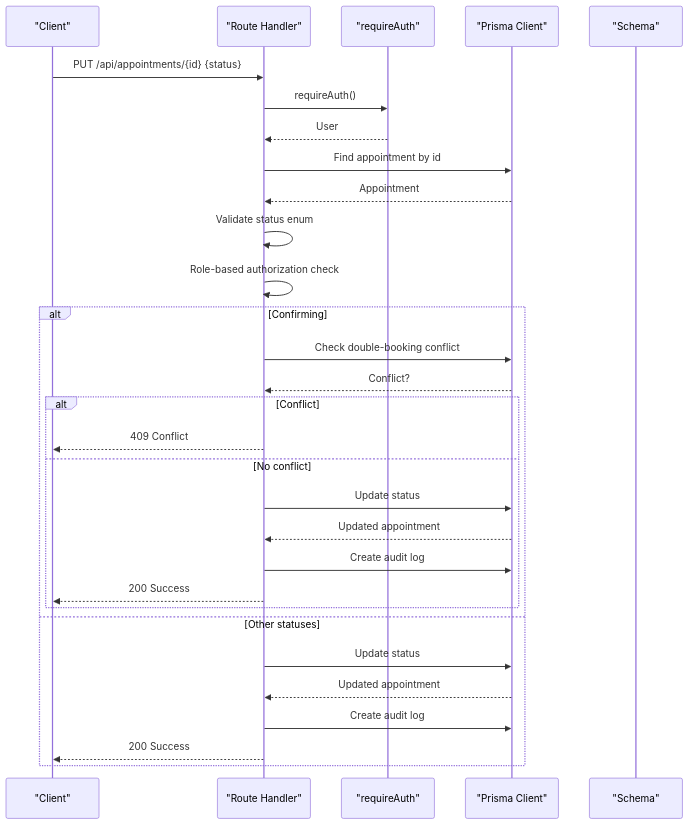
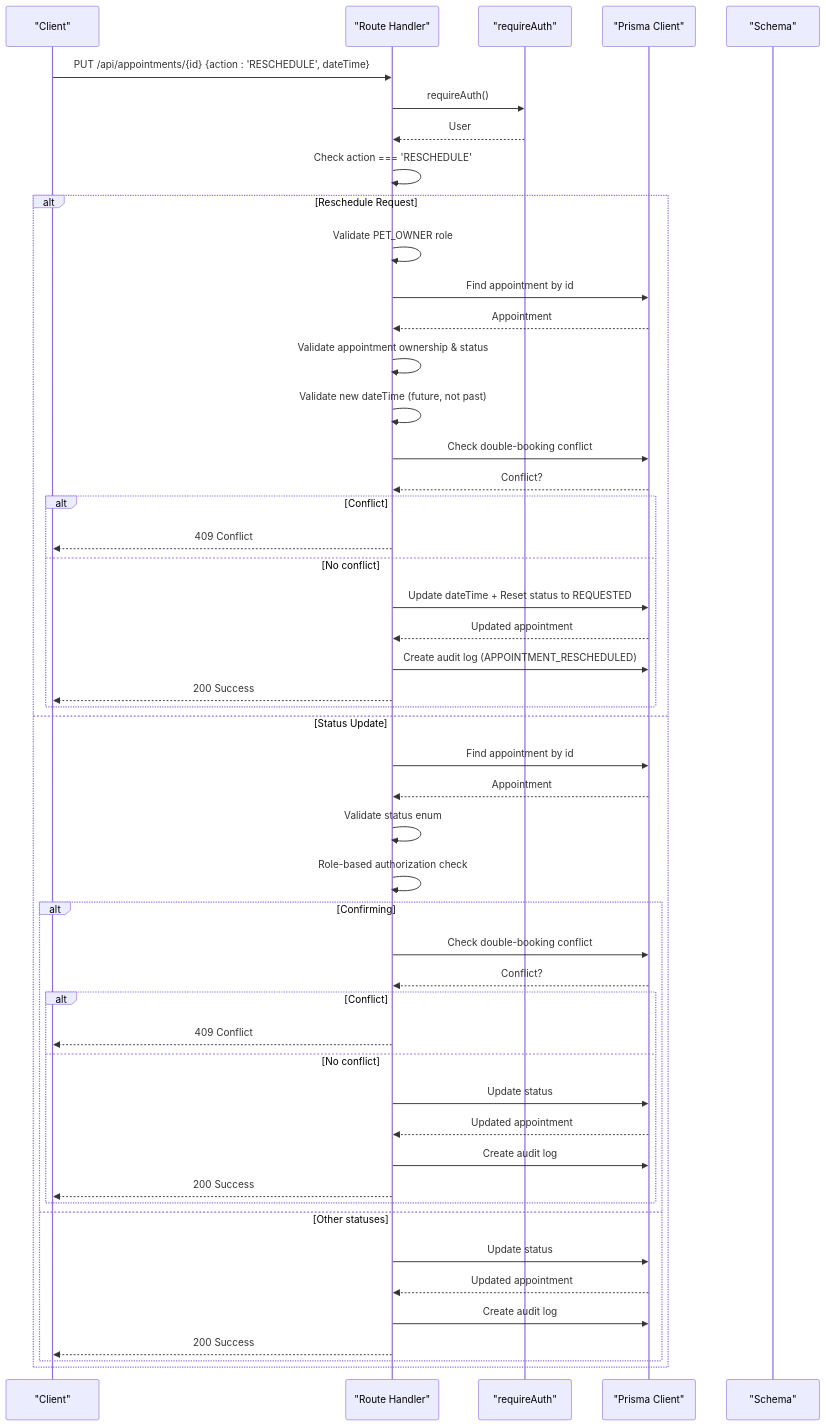
One commit to Javeria-Javaid/ai-powered-pet-healthcare-ecosystem changed the second of 4 diagrams in .qoder/repowiki/en/content/API Reference/Appointment Scheduling API/Appointment Management API.md. Above: the diagram before and after it, drawn with Mermaid. The commit also changed other lines of this file and 38 other files, not shown here.

Commit message:
Update appointment management API and dashboard features

````diff
--- a/.qoder/repowiki/en/content/API Reference/Appointment Scheduling API/Appointment Management API.md
+++ b/.qoder/repowiki/en/content/API Reference/Appointment Scheduling API/Appointment Management API.md
@@ -94,32 +110,51 @@
 ```mermaid
 sequenceDiagram
 participant C as "Client"
 participant R as "Route Handler"
 participant A as "requireAuth"
 participant P as "Prisma Client"
 participant S as "Schema"
-C->>R : PUT /api/appointments/{id} {status}
+C->>R : PUT /api/appointments/{id} {action : 'RESCHEDULE', dateTime}
 R->>A : requireAuth()
 A-->>R : User
+R->>R : Check action === 'RESCHEDULE'
+alt Reschedule Request
+R->>R : Validate PET_OWNER role
+R->>P : Find appointment by id
+P-->>R : Appointment
+R->>R : Validate appointment ownership & status
+R->>R : Validate new dateTime (future, not past)
+R->>P : Check double-booking conflict
+P-->>R : Conflict?
+alt Conflict
+R-->>C : 409 Conflict
+else No conflict
+R->>P : Update dateTime + Reset status to REQUESTED
+P-->>R : Updated appointment
+R->>P : Create audit log (APPOINTMENT_RESCHEDULED)
+R-->>C : 200 Success
+end
+else Status Update
 R->>P : Find appointment by id
 P-->>R : Appointment
 R->>R : Validate status enum
 R->>R : Role-based authorization check
 alt Confirming
 R->>P : Check double-booking conflict
 P-->>R : Conflict?
 alt Conflict
 R-->>C : 409 Conflict
 else No conflict
 R->>P : Update status
 P-->>R : Updated appointment
 R->>P : Create audit log
 R-->>C : 200 Success
 end
 else Other statuses
 R->>P : Update status
 P-->>R : Updated appointment
 R->>P : Create audit log
 R-->>C : 200 Success
 end
+end
 ```
````
